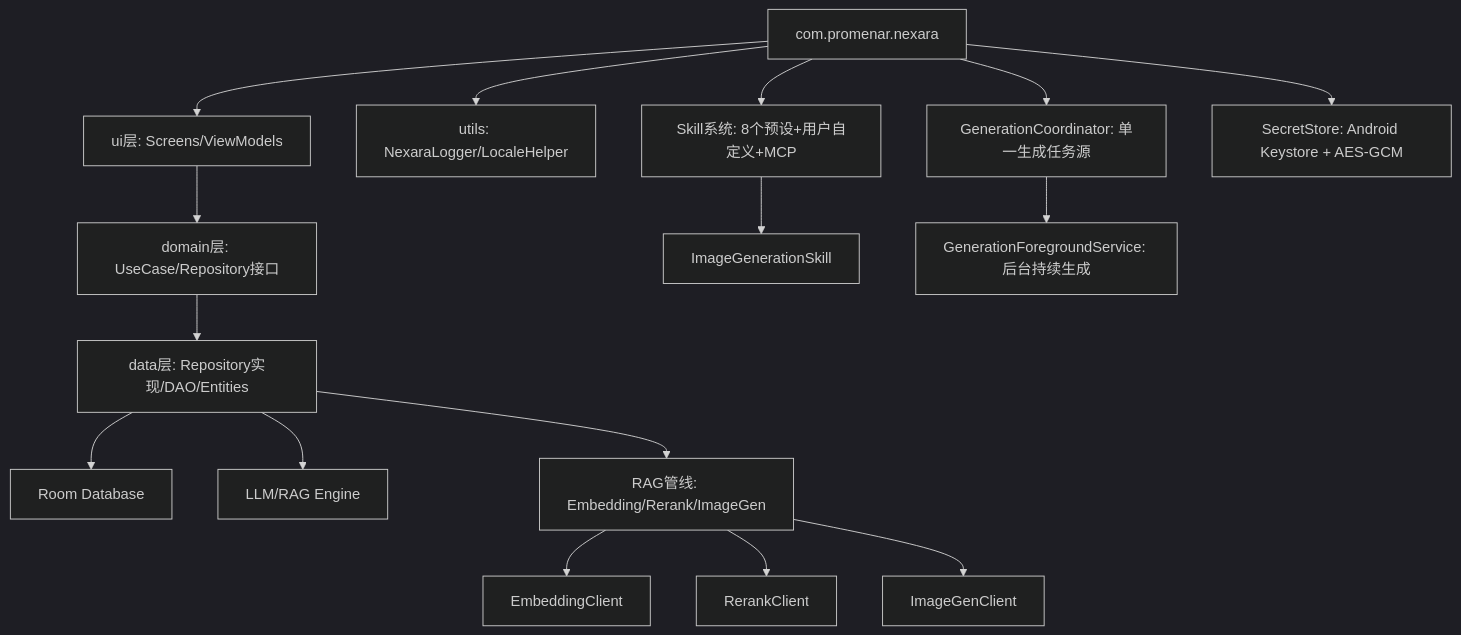
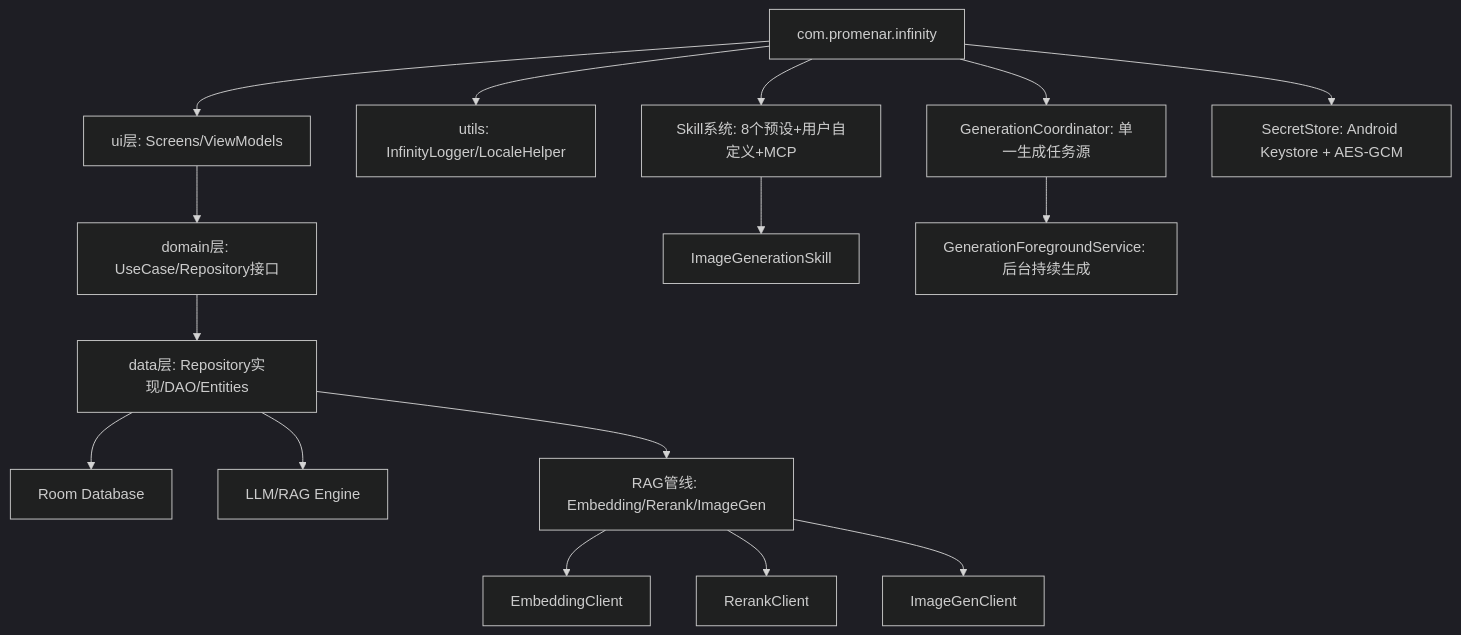
Before and after one commit to Promenar/Infinity-Workbench: the diagram in docs/ARCHITECTURE.md, drawn with Mermaid (dark theme). The commit also changed other lines of this file and 5440 other files, not shown here.

First line of the commit message:
refactor(rename): 产品更名为 Infinity Workbench，应用 ID 改为 com.promenar.infinity

````diff
--- a/docs/ARCHITECTURE.md
+++ b/docs/ARCHITECTURE.md
@@ -10,18 +10,18 @@
 ```mermaid
 graph TD
-    App[com.promenar.nexara] --> UI[ui层: Screens/ViewModels]
+    App[com.promenar.infinity] --> UI[ui层: Screens/ViewModels]
     UI --> Domain[domain层: UseCase/Repository接口]
     Domain --> Data[data层: Repository实现/DAO/Entities]
     Data --> DB[Room Database]
     Data --> LLM[LLM/RAG Engine]
     Data --> RAG[RAG管线: Embedding/Rerank/ImageGen]
     RAG --> Embed[EmbeddingClient]
     RAG --> Rerank[RerankClient]
     RAG --> ImageGen[ImageGenClient]
-    App --> Utils[utils: NexaraLogger/LocaleHelper]
+    App --> Utils[utils: InfinityLogger/LocaleHelper]
     App --> Skills[Skill系统: 8个预设+用户自定义+MCP]
     Skills --> ImageSkill[ImageGenerationSkill]
     App --> Coordinator[GenerationCoordinator: 单一生成任务源]
     Coordinator --> Service[GenerationForegroundService: 后台持续生成]
     App --> Secrets[SecretStore: Android Keystore + AES-GCM]
 ```
````
